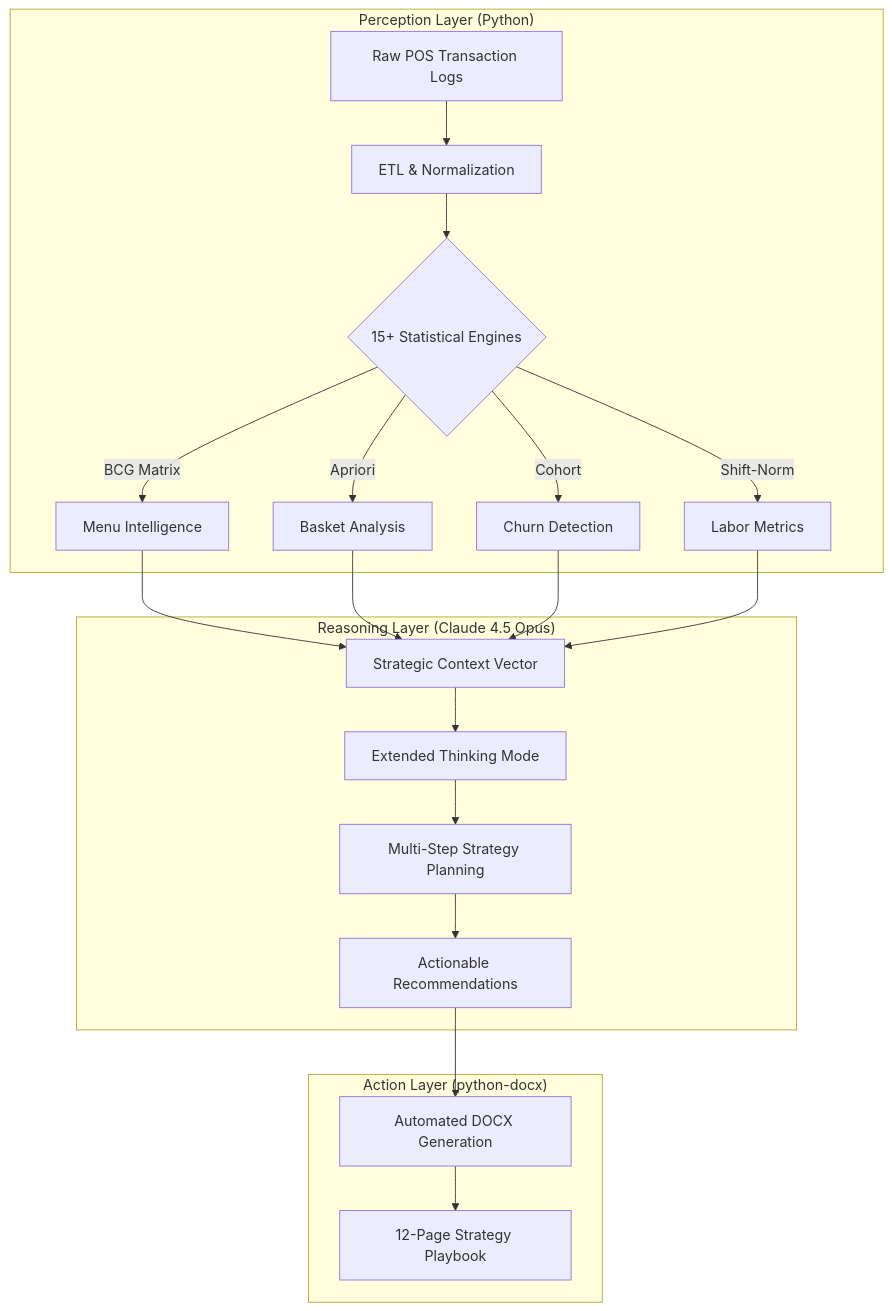
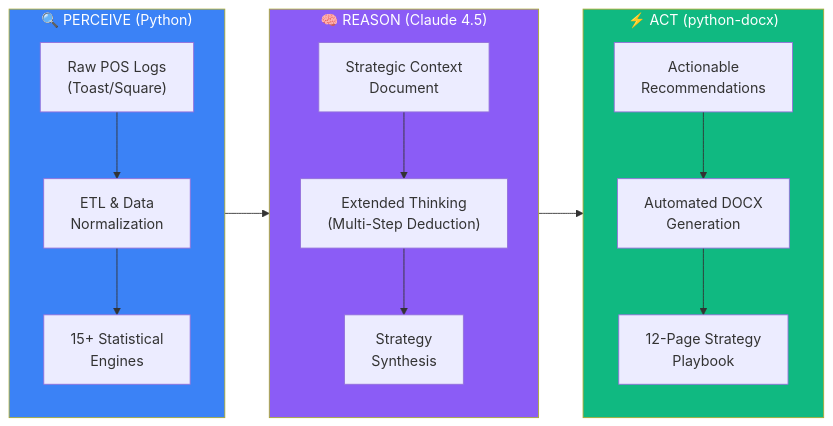
Before and after one commit to akshaysapkale007/AI-Consultant---Restaurant: the diagram in README.md, drawn with Mermaid. The commit also changed other lines of this file, not shown here.

Commit message:
Upgrade architecture diagram and resize images

````diff
--- a/README.md
+++ b/README.md
@@ -71,25 +71,28 @@
 ```mermaid
-graph TD
-    subgraph "Perception Layer (Python)"
-        A[Raw POS Transaction Logs] --> B[ETL & Normalization]
-        B --> C{15+ Statistical Engines}
-        C -->|BCG Matrix| D[Menu Intelligence]
-        C -->|Apriori| E[Basket Analysis]
-        C -->|Cohort| F[Churn Detection]
-        C -->|Shift-Norm| G[Labor Metrics]
+flowchart LR
+    subgraph PERCEIVE ["🔍 PERCEIVE (Python)"]
+        direction TB
+        DATA["Raw POS Logs<br/>(Toast/Square)"] --> ETL["ETL & Data<br/>Normalization"]
+        ETL --> STATS["15+ Statistical<br/>Engines"]
     end
 
-    subgraph "Reasoning Layer (Claude 4.5 Opus)"
-        H[Strategic Context Vector] --> I[Extended Thinking Mode]
-        I --> J[Multi-Step Strategy Planning]
-        J --> K[Actionable Recommendations]
+    subgraph REASON ["🧠 REASON (Claude 4.5)"]
+        direction TB
+        CONTEXT["Strategic Context<br/>Document"] --> THINK["Extended Thinking<br/>(Multi-Step Deduction)"]
+        THINK --> STRAT["Strategy<br/>Synthesis"]
     end
 
-    subgraph "Action Layer (python-docx)"
-        L[Automated DOCX Generation]
-        K --> L
-        L --> M[12-Page Strategy Playbook]
+    subgraph ACT ["⚡ ACT (python-docx)"]
+        direction TB
+        VAL["Actionable<br/>Recommendations"] --> DOC["Automated DOCX<br/>Generation"]
+        DOC --> REPORT["12-Page Strategy<br/>Playbook"]
     end
 
-    D & E & F & G --> H
+    STATS --> CONTEXT
+    STRAT --> VAL
+
+    %% Styling
+    style PERCEIVE fill:#3b82f6,color:#fff
+    style REASON fill:#8b5cf6,color:#fff
+    style ACT fill:#10b981,color:#fff
 ```
````
